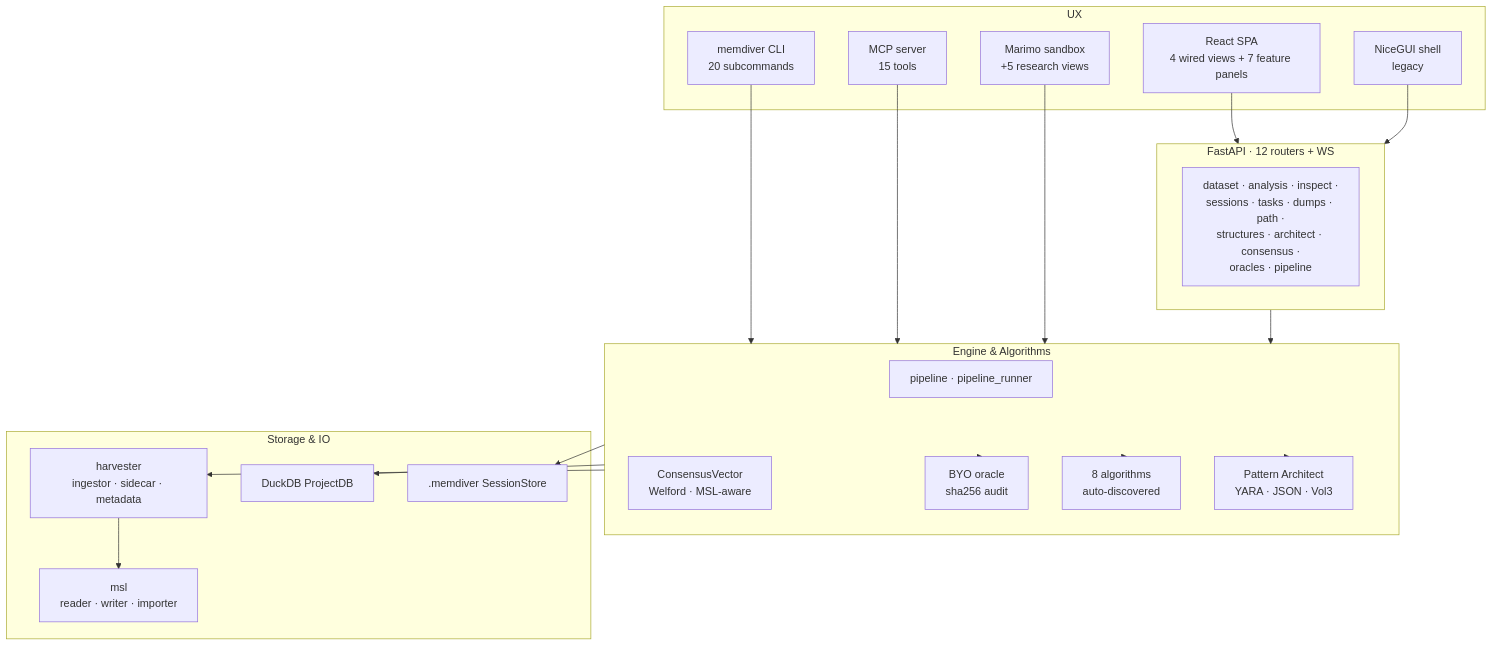
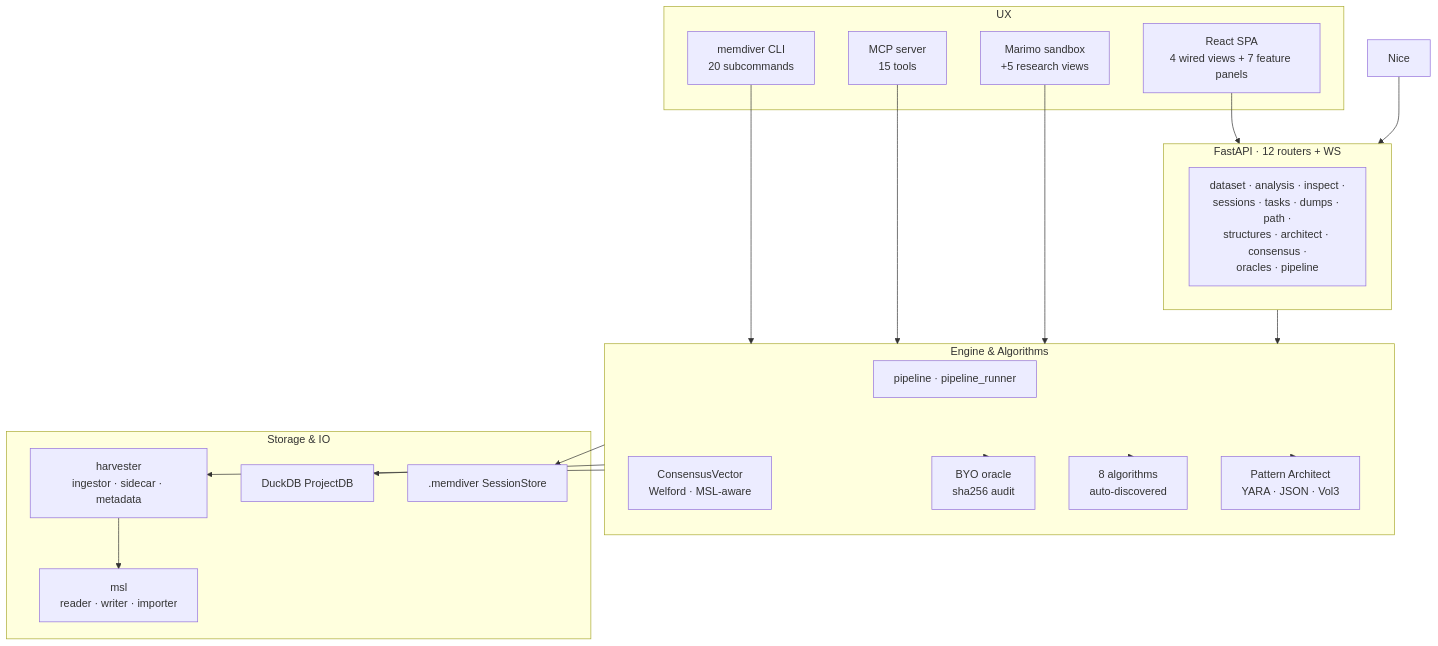
One commit to MemorySlice/MemDiver changed the diagram in docs/architecture/index.md. Above: the diagram before and after it, drawn with Mermaid. The commit also changed other lines of this file and 64 other files, not shown here.

````diff
--- a/docs/architecture/index.md
+++ b/docs/architecture/index.md
@@ -5,39 +5,38 @@
 ```{mermaid}
 flowchart TB
     subgraph UX
         Web[React SPA<br/>4 wired views + 7 feature panels]
         CLI[memdiver CLI<br/>20 subcommands]
         MCP[MCP server<br/>15 tools]
         Marimo[Marimo sandbox<br/>+5 research views]
-        Nice[NiceGUI shell<br/>legacy]
     end
     subgraph API[FastAPI · 12 routers + WS]
         Routers[dataset · analysis · inspect ·<br/>sessions · tasks · dumps · path ·<br/>structures · architect · consensus ·<br/>oracles · pipeline]
     end
     subgraph Engine[Engine &amp; Algorithms]
         Pipeline[pipeline · pipeline_runner]
         Consensus[ConsensusVector<br/>Welford · MSL-aware]
         Oracle[BYO oracle<br/>sha256 audit]
         Algos[8 algorithms<br/>auto-discovered]
         Architect[Pattern Architect<br/>YARA · JSON · Vol3]
     end
     subgraph Storage[Storage &amp; IO]
         Harvester[harvester<br/>ingestor · sidecar · metadata]
         MSL[msl<br/>reader · writer · importer]
         ProjectDB[DuckDB ProjectDB]
         Sessions[.memdiver SessionStore]
     end
     Web --> API
     CLI --> Engine
     MCP --> Engine
     Marimo --> Engine
     Nice --> API
     API --> Engine
     Engine --> Algos
     Engine --> Oracle
     Engine --> Architect
     Engine --> Harvester
     Harvester --> MSL
     Engine --> ProjectDB
     Engine --> Sessions
 ```
````
